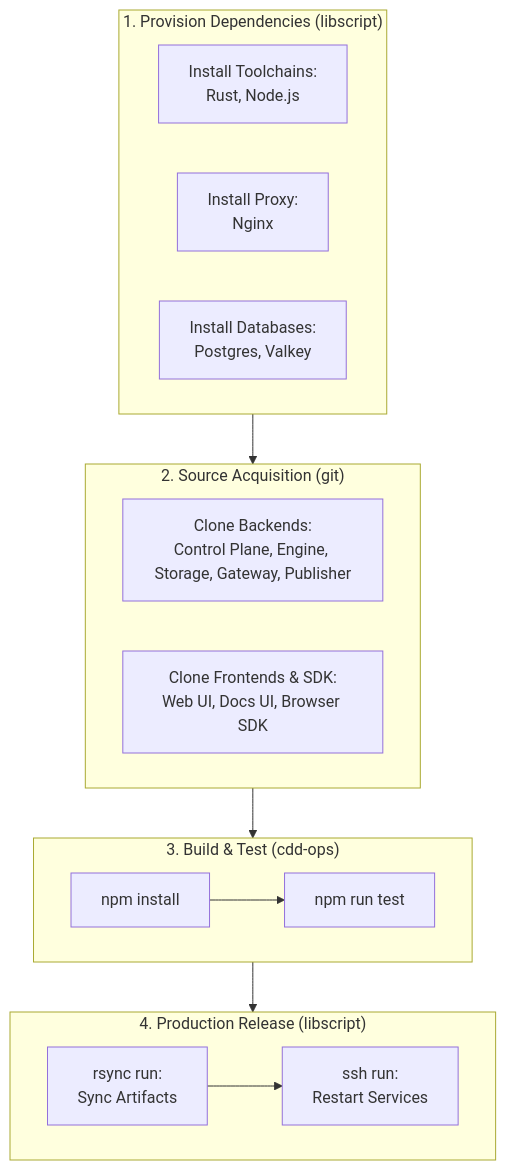
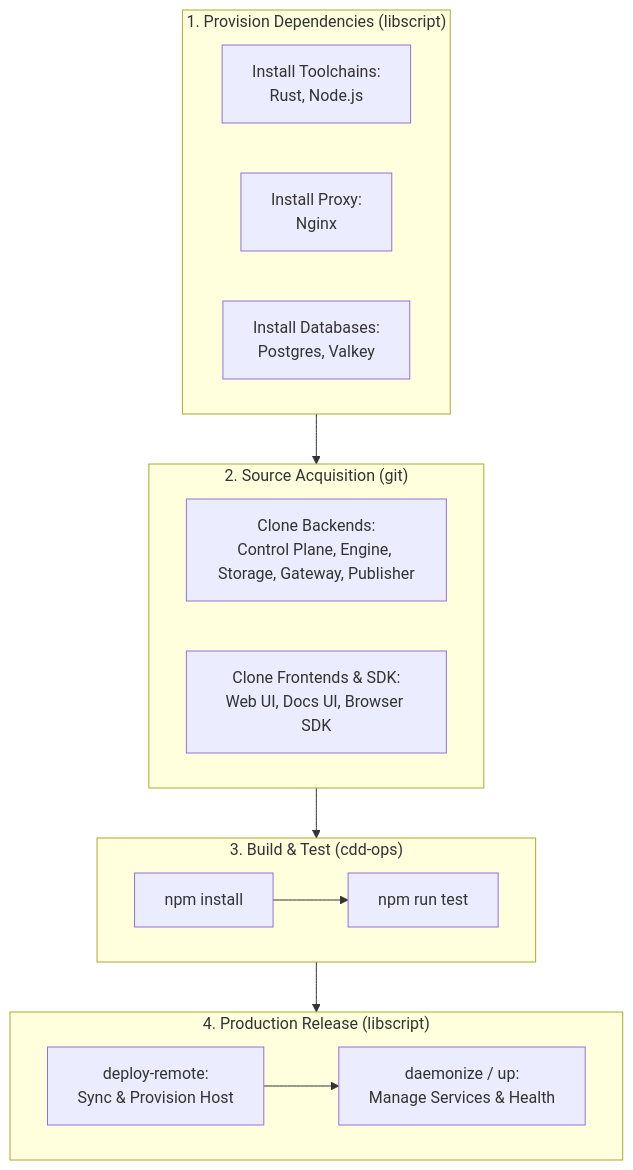
The second of 2 diagrams in docs/deploy_with_libscript.md (SamuelMarks/cdd-ops), drawn with Mermaid before and after one commit. The commit also changed other lines of this file and 35 other files, not shown here.

````diff
--- a/docs/deploy_with_libscript.md
+++ b/docs/deploy_with_libscript.md
@@ -42,29 +42,29 @@
 ```mermaid
 flowchart TD
     subgraph Phase1 ["1. Provision Dependencies (libscript)"]
         A1[Install Toolchains:<br/>Rust, Node.js]
         A2[Install Proxy:<br/>Nginx]
         A3[Install Databases:<br/>Postgres, Valkey]
     end
 
     subgraph Phase2 ["2. Source Acquisition (git)"]
         B1[Clone Backends:<br/>Control Plane, Engine, Storage, Gateway, Publisher]
         B2[Clone Frontends & SDK:<br/>Web UI, Docs UI, Browser SDK]
     end
 
     subgraph Phase3 ["3. Build & Test (cdd-ops)"]
         C1[npm install]
         C2[npm run test]
         C1 --> C2
     end
 
     subgraph Phase4 ["4. Production Release (libscript)"]
-        D1[rsync run:<br/>Sync Artifacts]
-        D2[ssh run:<br/>Restart Services]
+        D1[deploy-remote:<br/>Sync & Provision Host]
+        D2[daemonize / up:<br/>Manage Services & Health]
         D1 --> D2
     end
 
     Phase1 --> Phase2
     Phase2 --> Phase3
     Phase3 --> Phase4
 ```
````
